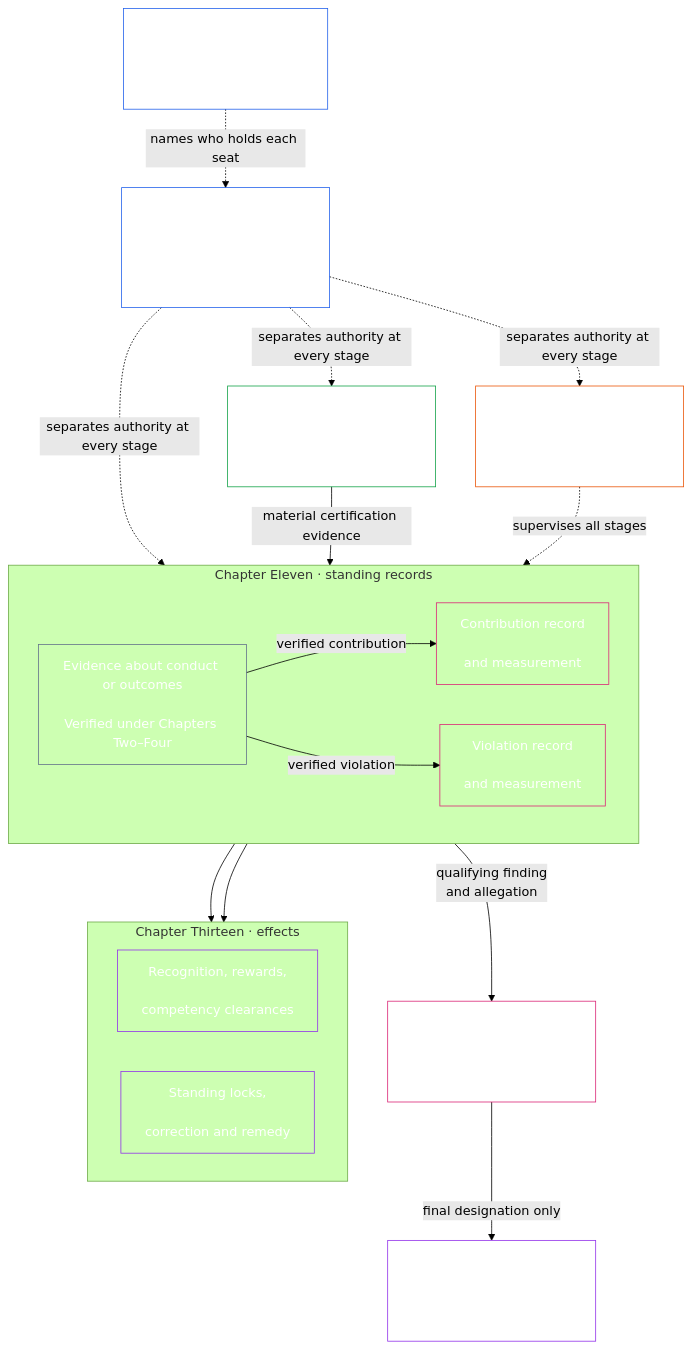
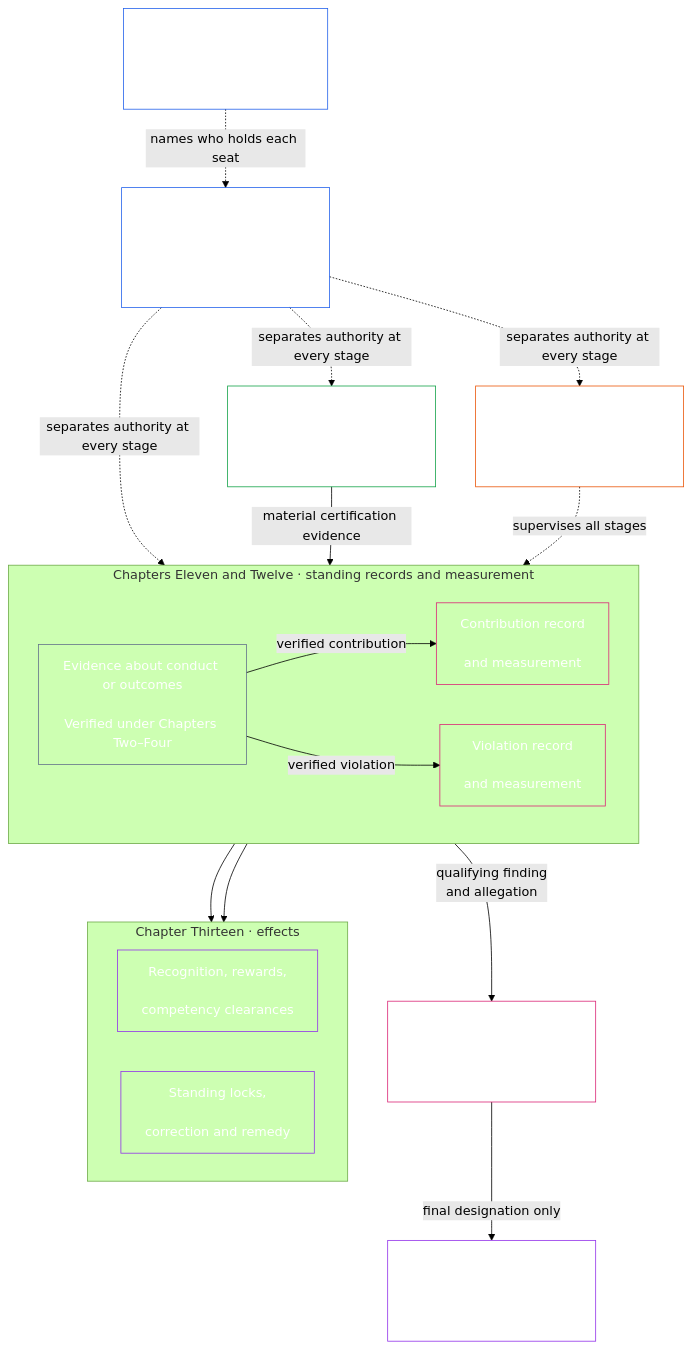
One commit to kfoelsch/Sentient_Constitution changed diagram 15 of 24 in guides/CONCEPTUAL_OVERVIEW.md. Above: the diagram before and after it, drawn with Mermaid (forest theme). The commit also changed other lines of this file and 21 other files, not shown here.

First line of the commit message:
Second pass on Chapter Eleven references after the Chapter Twelve split

````diff
--- a/guides/CONCEPTUAL_OVERVIEW.md
+++ b/guides/CONCEPTUAL_OVERVIEW.md
@@ -711,43 +711,43 @@
 ```mermaid
 flowchart TB
     K["Chapter Seven<br/><br/>System and Institutional<br/>Charters"]
     D["Chapter Eight<br/><br/>Functional independence<br/>and separation of duties"]
     S["Chapter Nine<br/><br/>System alignment certification"]
-    subgraph Q["Chapter Eleven · standing records"]
+    subgraph Q["Chapters Eleven and Twelve · standing records and measurement"]
         direction LR
         E["Evidence about conduct or outcomes<br/><br/>Verified under Chapters Two–Four"]
         C["Contribution record<br/><br/>and measurement"]
         V["Violation record<br/><br/>and measurement"]
     end
     subgraph N["Chapter Thirteen · effects"]
         direction LR
         U["Recognition, rewards,<br/><br/>competency clearances"]
         R["Standing locks,<br/><br/>correction and remedy"]
     end
     M["Chapter Fourteen<br/><br/>Anti-constitutional misconduct review"]
     L["Chapter Thirteen<br/><br/>Anti-Constitutional Trust Lock"]
     F["Chapter Fifteen forums<br/><br/>Supervision, challenge and timely review"]
     K -.->|names who holds each seat| D
     D -.->|separates authority at every stage| S
     D -.->|separates authority at every stage| E
     D -.->|separates authority at every stage| F
     C --> U
     V --> R
     M -->|final designation only| L
     V -->|qualifying finding<br/>and allegation| M
     S -->|material certification evidence| E
     E -->|verified contribution| C
     E -->|verified violation| V
     F -.->|supervises all stages| E
     style K fill:none,stroke:#2563eb,color:#ffffff
     style D fill:none,stroke:#2563eb,color:#ffffff
     style S fill:none,stroke:#16a34a,color:#ffffff
     style E fill:none,stroke:#64748b,color:#ffffff
     style C fill:none,stroke:#db2777,color:#ffffff
     style V fill:none,stroke:#db2777,color:#ffffff
     style U fill:none,stroke:#9333ea,color:#ffffff
     style R fill:none,stroke:#9333ea,color:#ffffff
     style M fill:none,stroke:#db2777,color:#ffffff
     style L fill:none,stroke:#9333ea,color:#ffffff
     style F fill:none,stroke:#ea580c,color:#ffffff
 ```
````
